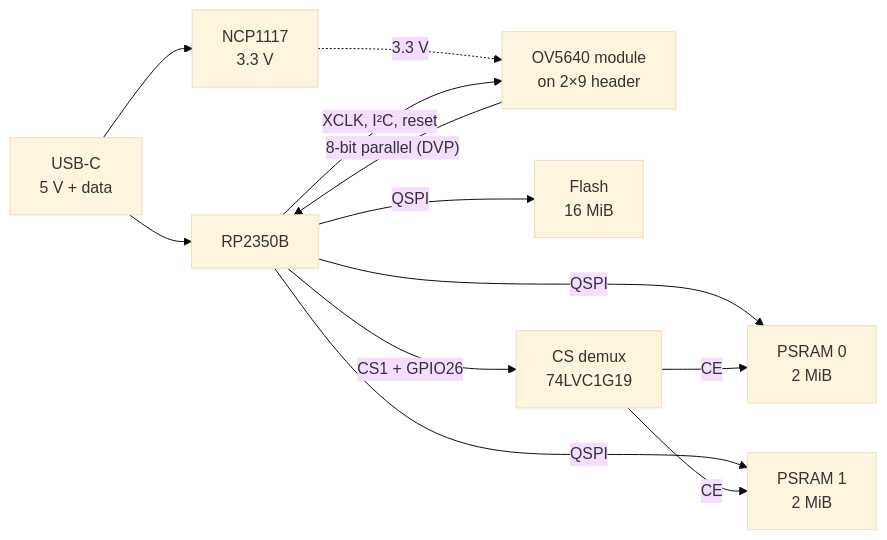
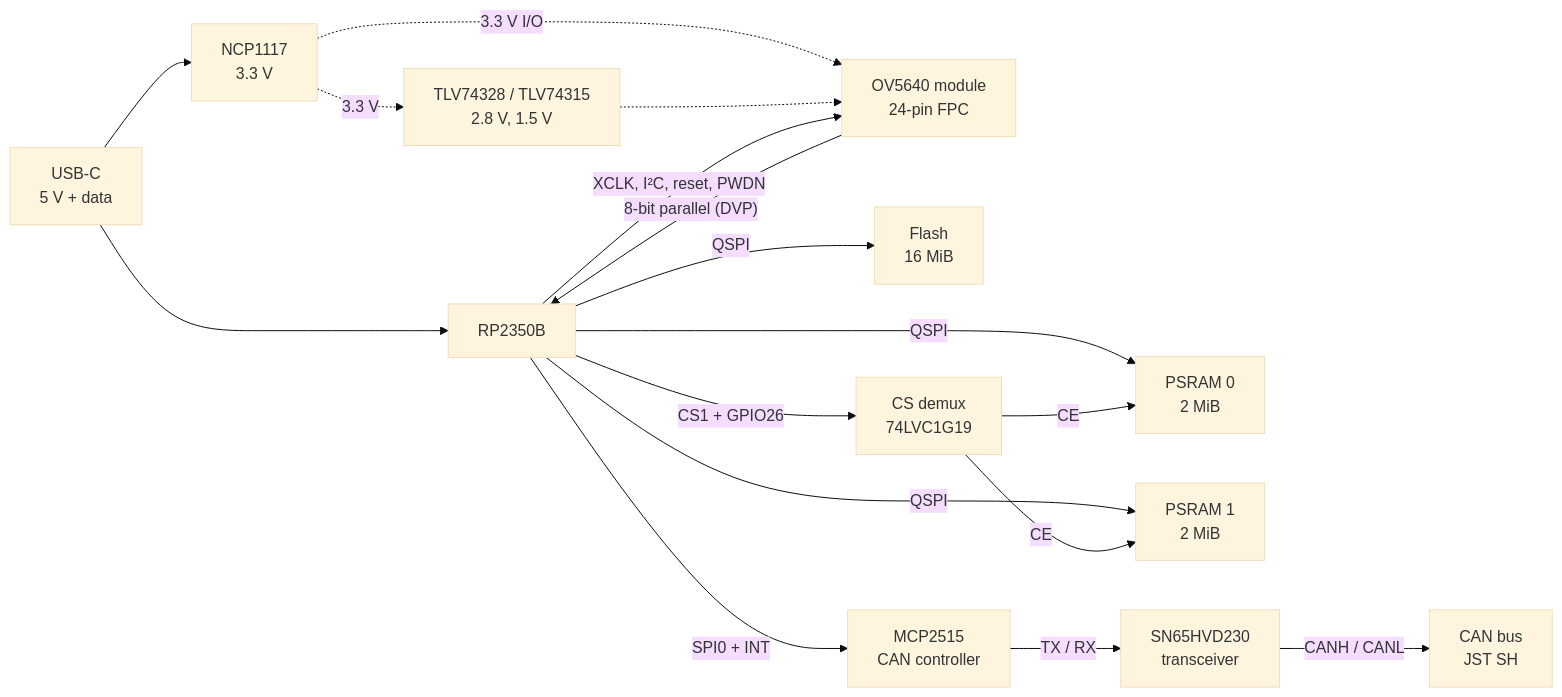
Before and after one commit to zolotvok/Rp-2350-cam-module: the diagram in README.md, drawn with Mermaid (base theme). The commit also changed other lines of this file and 7 other files, not shown here.

````diff
--- a/README.md
+++ b/README.md
@@ -29,12 +32,17 @@
 ```mermaid
 flowchart LR
     USB["USB-C<br/>5 V + data"] --> MCU
     USB --> LDO["NCP1117<br/>3.3 V"]
-    LDO -.->|"3.3 V"| CAM
-    CAM["OV5640 module<br/>on 2×9 header"] -- "8-bit parallel (DVP)" --> MCU
-    MCU["RP2350B"] -- "XCLK, I²C, reset" --> CAM
+    LDO -.->|"3.3 V"| CAMLDO["TLV74328 / TLV74315<br/>2.8 V, 1.5 V"]
+    LDO -.->|"3.3 V I/O"| CAM
+    CAMLDO -.-> CAM
+    CAM["OV5640 module<br/>24-pin FPC"] -- "8-bit parallel (DVP)" --> MCU
+    MCU["RP2350B"] -- "XCLK, I²C, reset, PWDN" --> CAM
     MCU -- "QSPI" --> FLASH["Flash<br/>16 MiB"]
     MCU -- "QSPI" --> P0["PSRAM 0<br/>2 MiB"] & P1["PSRAM 1<br/>2 MiB"]
     MCU -- "CS1 + GPIO26" --> MUX["CS demux<br/>74LVC1G19"]
     MUX -- "CE" --> P0 & P1
+    MCU -- "SPI0 + INT" --> CANC["MCP2515<br/>CAN controller"]
+    CANC -- "TX / RX" --> XCVR["SN65HVD230<br/>transceiver"]
+    XCVR -- "CANH / CANL" --> CANBUS["CAN bus<br/>JST SH"]
 ```
````
